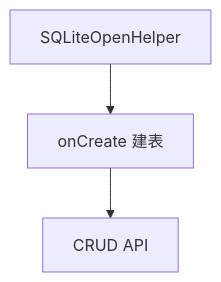
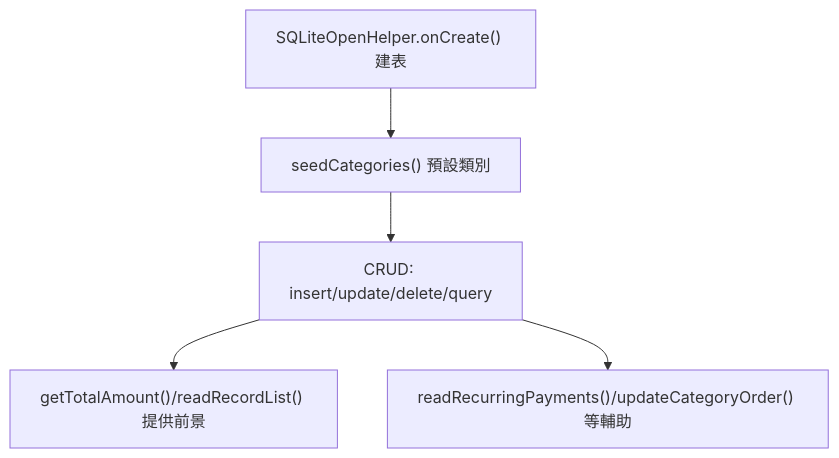
Before and after one commit to Dao-you/SimplestBookAndroid: diagram 17 of 26 in Grading_Criteria.md, drawn with Mermaid. The commit also changed other lines of this file, not shown here.

````diff
--- a/Grading_Criteria.md
+++ b/Grading_Criteria.md
@@ -405,5 +438,7 @@
 ```mermaid
 flowchart TD
-    A[SQLiteOpenHelper] --> B[onCreate 建表]
-    B --> C[CRUD API]
+    A["SQLiteOpenHelper.onCreate() 建表"] --> B["seedCategories() 預設類別"]
+    B --> C["CRUD: insert/update/delete/query"]
+    C --> D["getTotalAmount()/readRecordList() 提供前景"]
+    C --> E["readRecurringPayments()/updateCategoryOrder() 等輔助"]
 ```
````
